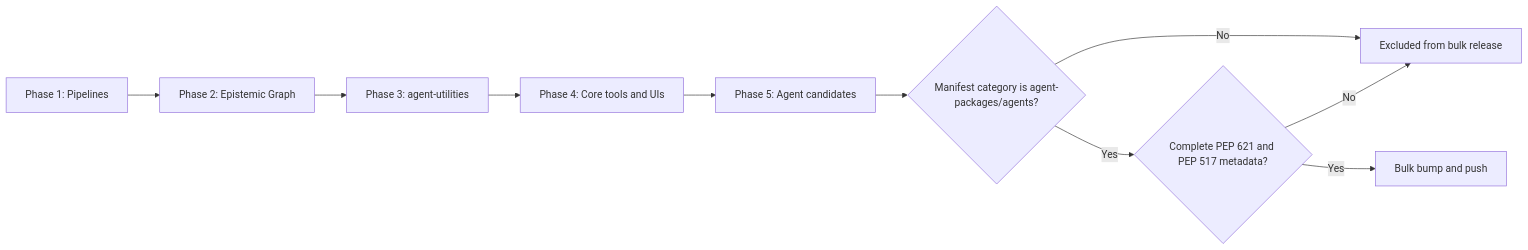
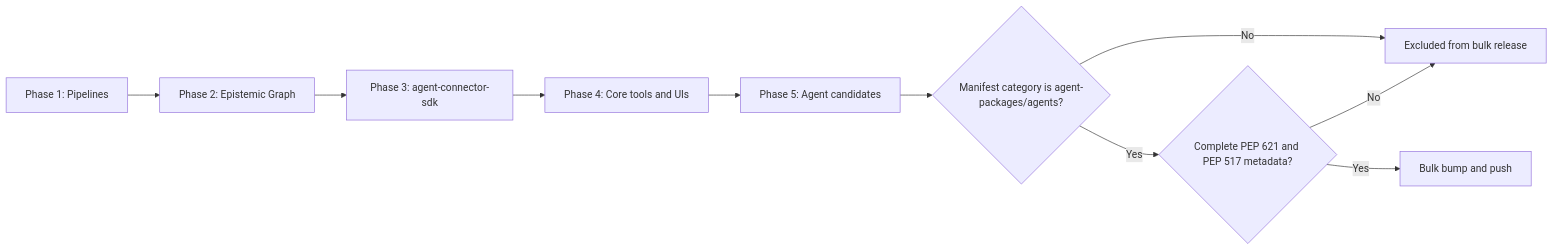
One commit to Knuckles-Team/repository-manager changed the diagram in docs/phased_push.md. Above: the diagram before and after it, drawn with Mermaid. The commit also changed other lines of this file and 137 other files, not shown here.

First line of the commit message:
refactor: depend on agent-connector-sdk only; EG work coordination through the EG client

````diff
--- a/docs/phased_push.md
+++ b/docs/phased_push.md
@@ -42,12 +42,12 @@
 ```mermaid
 flowchart LR
     P1[Phase 1: Pipelines] --> P2[Phase 2: Epistemic Graph]
-    P2 --> P3[Phase 3: agent-utilities]
+    P2 --> P3[Phase 3: agent-connector-sdk]
     P3 --> P4[Phase 4: Core tools and UIs]
     P4 --> P5[Phase 5: Agent candidates]
     P5 --> C{Manifest category is agent-packages/agents?}
     C -- No --> X[Excluded from bulk release]
     C -- Yes --> M{Complete PEP 621 and PEP 517 metadata?}
     M -- No --> X
     M -- Yes --> R[Bulk bump and push]
 ```
````
